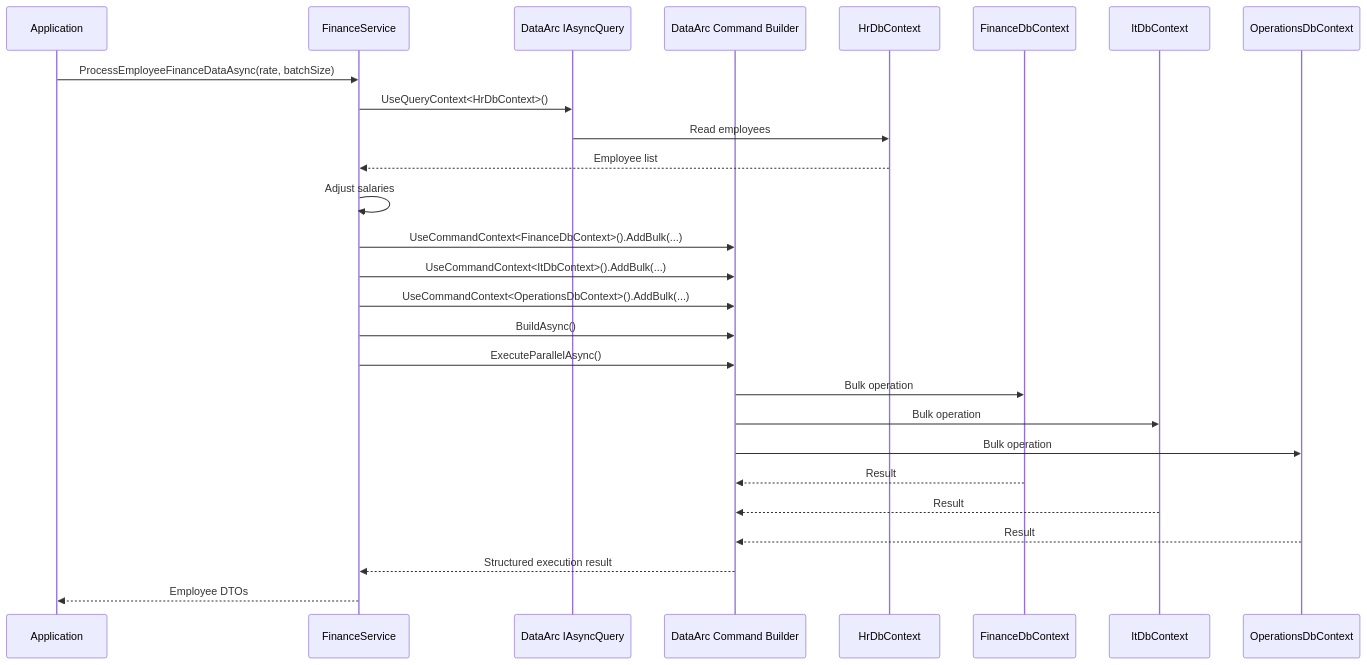
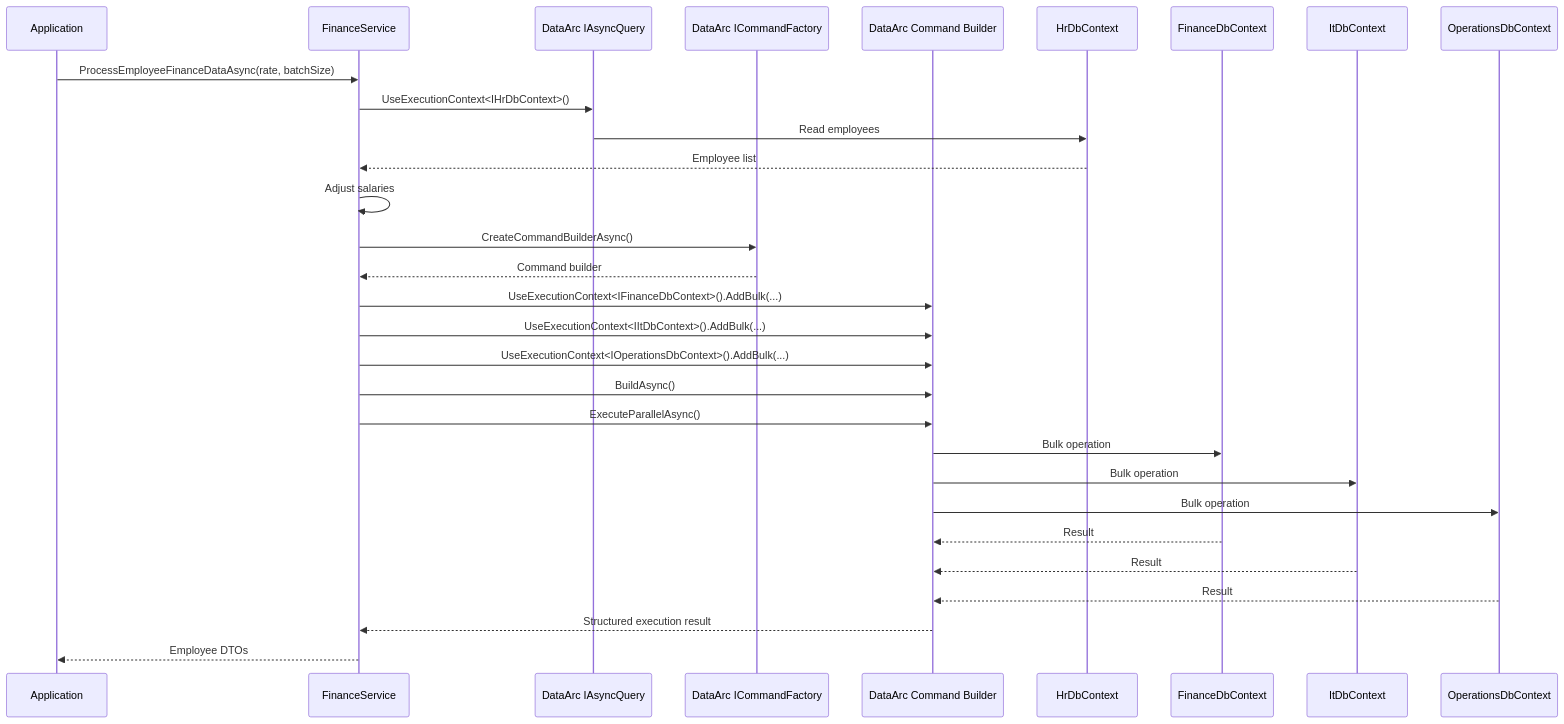
Before and after one commit to SolidArcSoftware/DataArc.EntityFrameworkCore: the third of 12 diagrams in README.md, drawn with Mermaid. The commit also changed other lines of this file and 4 other files, not shown here.

````diff
--- a/README.md
+++ b/README.md
@@ -153,36 +154,40 @@
 ```mermaid
 sequenceDiagram
     participant App as Application
     participant Service as FinanceService
     participant Query as DataArc IAsyncQuery
+    participant Factory as DataArc ICommandFactory
     participant Command as DataArc Command Builder
     participant HR as HrDbContext
     participant Finance as FinanceDbContext
     participant IT as ItDbContext
     participant Ops as OperationsDbContext
 
     App->>Service: ProcessEmployeeFinanceDataAsync(rate, batchSize)
-    Service->>Query: UseQueryContext<HrDbContext>()
+    Service->>Query: UseExecutionContext<IHrDbContext>()
     Query->>HR: Read employees
     HR-->>Service: Employee list
 
     Service->>Service: Adjust salaries
 
-    Service->>Command: UseCommandContext<FinanceDbContext>().AddBulk(...)
-    Service->>Command: UseCommandContext<ItDbContext>().AddBulk(...)
-    Service->>Command: UseCommandContext<OperationsDbContext>().AddBulk(...)
+    Service->>Factory: CreateCommandBuilderAsync()
+    Factory-->>Service: Command builder
+
+    Service->>Command: UseExecutionContext<IFinanceDbContext>().AddBulk(...)
+    Service->>Command: UseExecutionContext<IItDbContext>().AddBulk(...)
+    Service->>Command: UseExecutionContext<IOperationsDbContext>().AddBulk(...)
 
     Service->>Command: BuildAsync()
     Service->>Command: ExecuteParallelAsync()
 
     Command->>Finance: Bulk operation
     Command->>IT: Bulk operation
     Command->>Ops: Bulk operation
 
     Finance-->>Command: Result
     IT-->>Command: Result
     Ops-->>Command: Result
 
     Command-->>Service: Structured execution result
     Service-->>App: Employee DTOs
 ```
````
